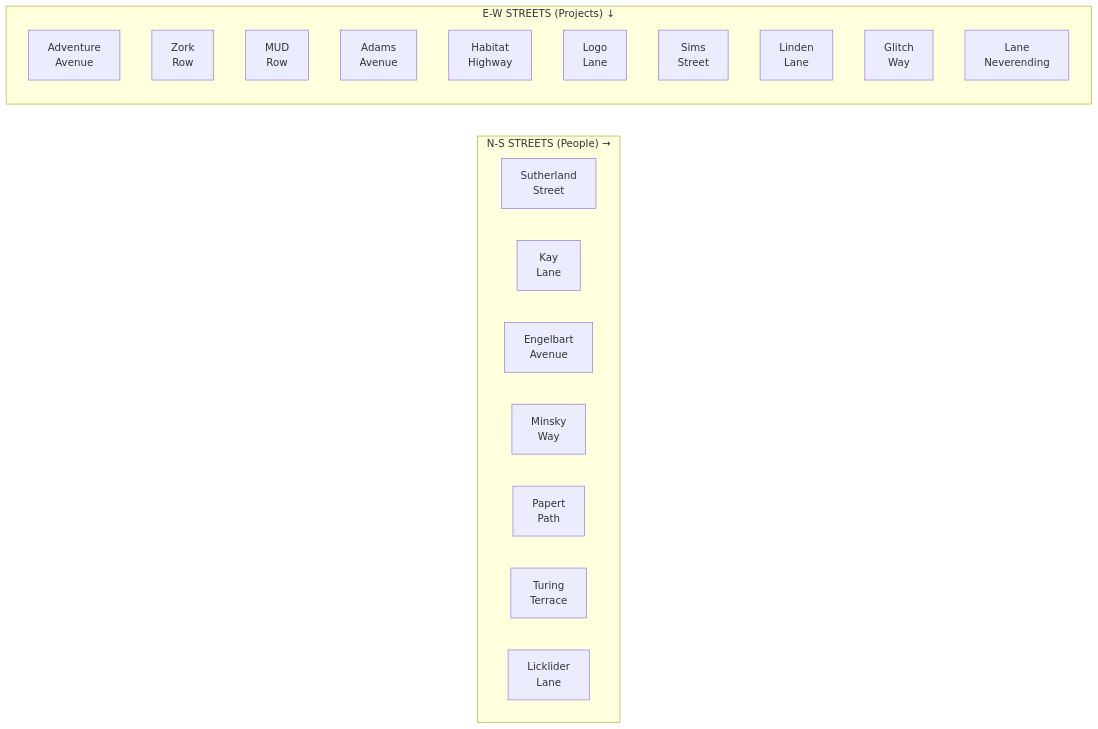
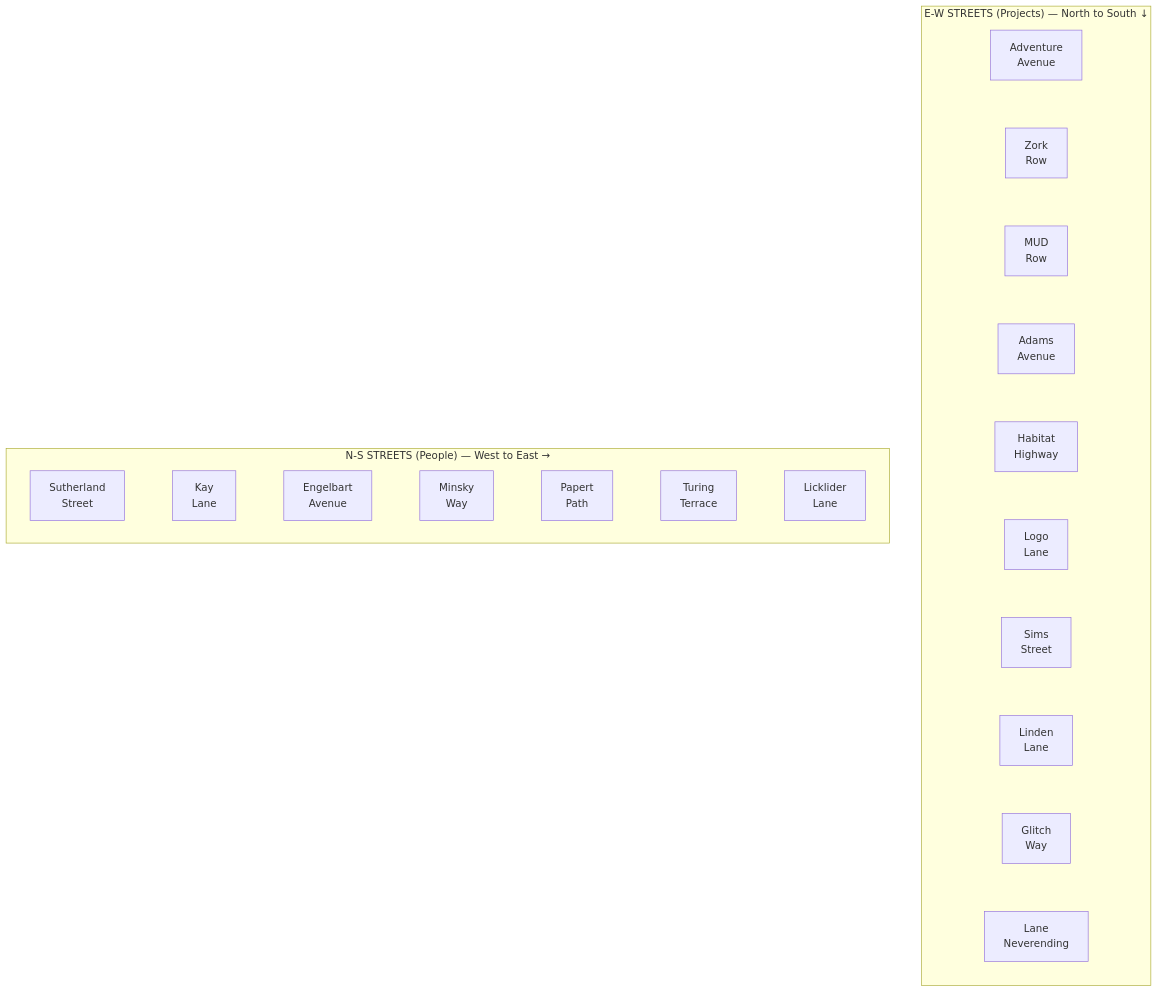
Before and after one commit to SimHacker/moollm: the diagram in examples/adventure-4/street/README.md, drawn with Mermaid.

Commit message:
FIX AXIS: E-W vertical column, N-S horizontal row
- flowchart TB to stack subgraphs
- E-W streets: Adventure at TOP, Lane Neverending at BOTTOM (vertical)
- N-S streets: Sutherland LEFT, Licklider RIGHT (horizontal)
- Used ~~~ invisible links to force layout direction

````diff
--- a/examples/adventure-4/street/README.md
+++ b/examples/adventure-4/street/README.md
@@ -11,27 +11,25 @@
 ```mermaid
-flowchart LR
-    subgraph NS["N-S STREETS (People) →"]
-        direction LR
-        Suth["Sutherland<br>Street"]
-        Kay["Kay<br>Lane"]
-        Eng["Engelbart<br>Avenue"]
-        Min["Minsky<br>Way"]
-        Pap["Papert<br>Path"]
-        Tur["Turing<br>Terrace"]
-        Lic["Licklider<br>Lane"]
+flowchart TB
+    subgraph EW["E-W STREETS (Projects) — North to South ↓"]
+        direction TB
+        Adv["Adventure<br>Avenue"] ~~~ Zork["Zork<br>Row"]
+        Zork ~~~ MUD["MUD<br>Row"]
+        MUD ~~~ Adams["Adams<br>Avenue"]
+        Adams ~~~ Hab["Habitat<br>Highway"]
+        Hab ~~~ Logo["Logo<br>Lane"]
+        Logo ~~~ Sims["Sims<br>Street"]
+        Sims ~~~ Linden["Linden<br>Lane"]
+        Linden ~~~ Glitch["Glitch<br>Way"]
+        Glitch ~~~ Lane["Lane<br>Neverending"]
     end
     
-    subgraph EW["E-W STREETS (Projects) ↓"]
-        direction TB
-        Adv["Adventure<br>Avenue"]
-        Zork["Zork<br>Row"]
-        MUD["MUD<br>Row"]
-        Adams["Adams<br>Avenue"]
-        Hab["Habitat<br>Highway"]
-        Logo["Logo<br>Lane"]
-        Sims["Sims<br>Street"]
-        Linden["Linden<br>Lane"]
-        Glitch["Glitch<br>Way"]
-        Lane["Lane<br>Neverending"]
+    subgraph NS["N-S STREETS (People) — West to East →"]
+        direction LR
+        Suth["Sutherland<br>Street"] ~~~ Kay["Kay<br>Lane"]
+        Kay ~~~ Eng["Engelbart<br>Avenue"]
+        Eng ~~~ Min["Minsky<br>Way"]
+        Min ~~~ Pap["Papert<br>Path"]
+        Pap ~~~ Tur["Turing<br>Terrace"]
+        Tur ~~~ Lic["Licklider<br>Lane"]
     end
 ```
````
